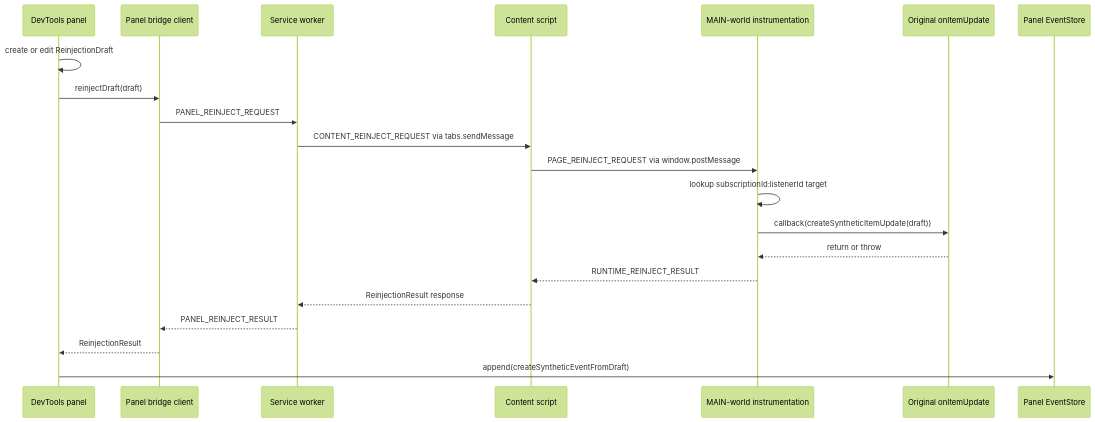
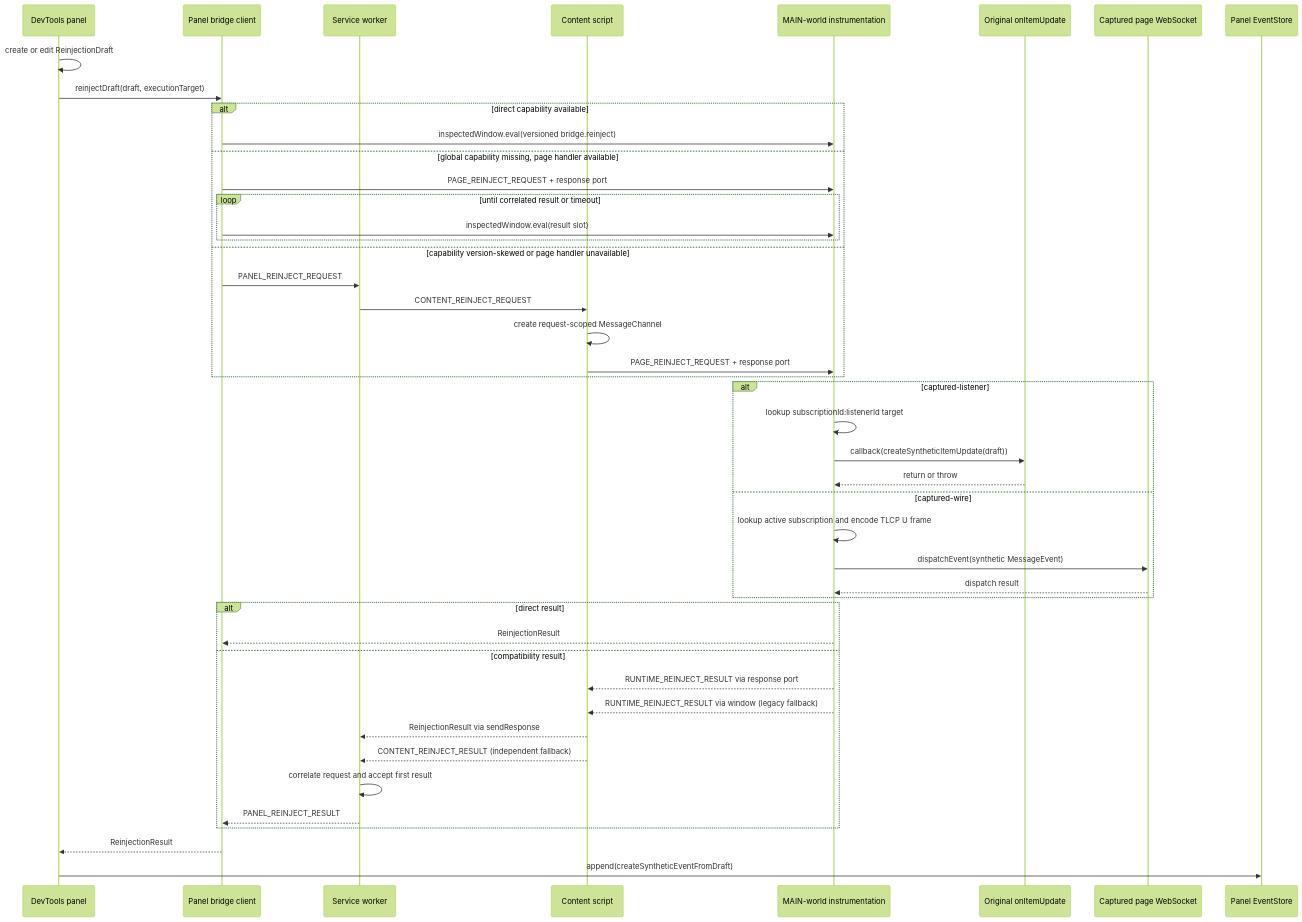
Before and after one commit to imom39a/lightstreamer-workbench-extension: the seventh of 8 diagrams in docs/ARCHITECTURE.md, drawn with Mermaid (forest theme). The commit also changed other lines of this file and 65 other files, not shown here.

````diff
--- a/docs/ARCHITECTURE.md
+++ b/docs/ARCHITECTURE.md
@@ -644,24 +653,48 @@
 ```mermaid
 sequenceDiagram
   participant UI as DevTools panel
   participant PBC as Panel bridge client
   participant BG as Service worker
   participant CS as Content script
   participant Inj as MAIN-world instrumentation
   participant Listener as Original onItemUpdate
+  participant WS as Captured page WebSocket
   participant Store as Panel EventStore
 
   UI->>UI: create or edit ReinjectionDraft
-  UI->>PBC: reinjectDraft(draft)
-  PBC->>BG: PANEL_REINJECT_REQUEST
-  BG->>CS: CONTENT_REINJECT_REQUEST via tabs.sendMessage
-  CS->>Inj: PAGE_REINJECT_REQUEST via window.postMessage
-  Inj->>Inj: lookup subscriptionId:listenerId target
-  Inj->>Listener: callback(createSyntheticItemUpdate(draft))
-  Listener-->>Inj: return or throw
-  Inj-->>CS: RUNTIME_REINJECT_RESULT
-  CS-->>BG: ReinjectionResult response
-  BG-->>PBC: PANEL_REINJECT_RESULT
+  UI->>PBC: reinjectDraft(draft, executionTarget)
+  alt direct capability available
+    PBC->>Inj: inspectedWindow.eval(versioned bridge.reinject)
+  else global capability missing, page handler available
+    PBC->>Inj: PAGE_REINJECT_REQUEST + response port
+    loop until correlated result or timeout
+      PBC->>Inj: inspectedWindow.eval(result slot)
+    end
+  else capability version-skewed or page handler unavailable
+    PBC->>BG: PANEL_REINJECT_REQUEST
+    BG->>CS: CONTENT_REINJECT_REQUEST
+    CS->>CS: create request-scoped MessageChannel
+    CS->>Inj: PAGE_REINJECT_REQUEST + response port
+  end
+  alt captured-listener
+    Inj->>Inj: lookup subscriptionId:listenerId target
+    Inj->>Listener: callback(createSyntheticItemUpdate(draft))
+    Listener-->>Inj: return or throw
+  else captured-wire
+    Inj->>Inj: lookup active subscription and encode TLCP U frame
+    Inj->>WS: dispatchEvent(synthetic MessageEvent)
+    WS-->>Inj: dispatch result
+  end
+  alt direct result
+    Inj-->>PBC: ReinjectionResult
+  else compatibility result
+    Inj-->>CS: RUNTIME_REINJECT_RESULT via response port
+    Inj-->>CS: RUNTIME_REINJECT_RESULT via window (legacy fallback)
+    CS-->>BG: ReinjectionResult via sendResponse
+    CS-->>BG: CONTENT_REINJECT_RESULT (independent fallback)
+    BG->>BG: correlate request and accept first result
+    BG-->>PBC: PANEL_REINJECT_RESULT
+  end
   PBC-->>UI: ReinjectionResult
   UI->>Store: append(createSyntheticEventFromDraft)
 ```
````
